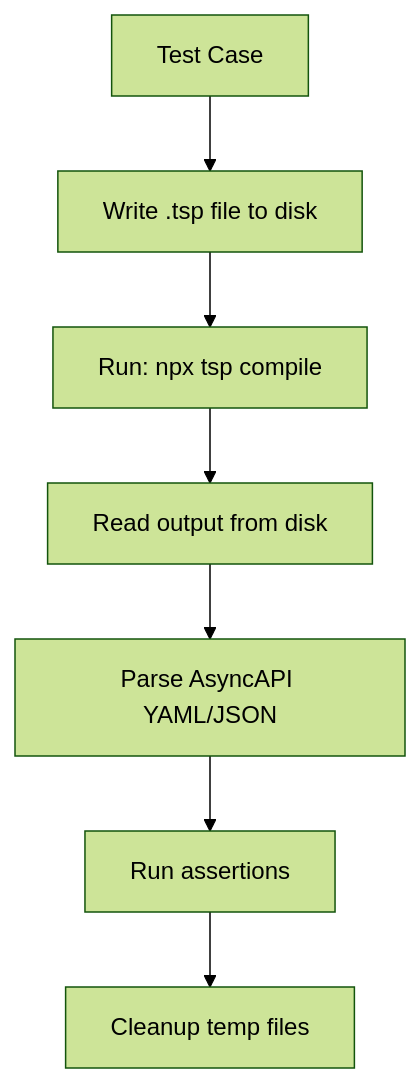
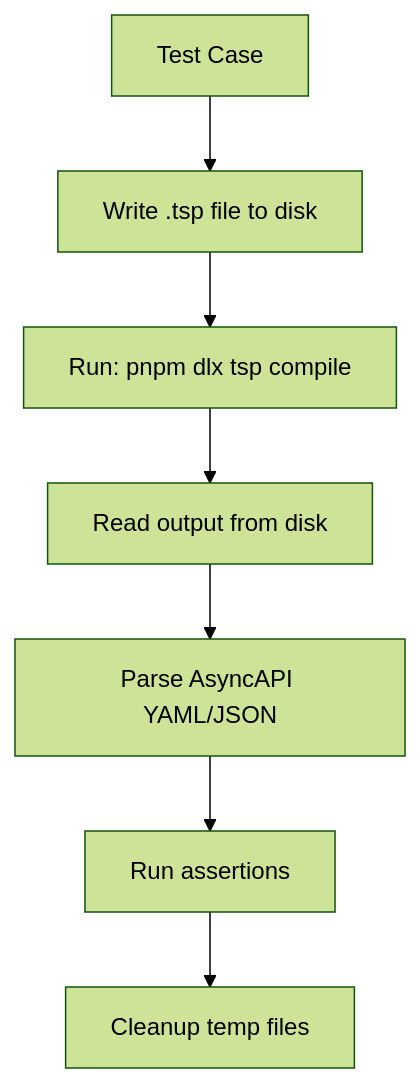
The diagram in docs/_archive/architecture/2025-10-23_13-31_CLI-TEST-ARCHITECTURE.md (LarsArtmann/typespec-asyncapi), drawn with Mermaid (forest theme) before and after one commit. The commit also changed 74 other files, not shown here.

````diff
--- a/docs/_archive/architecture/2025-10-23_13-31_CLI-TEST-ARCHITECTURE.md
+++ b/docs/_archive/architecture/2025-10-23_13-31_CLI-TEST-ARCHITECTURE.md
@@ -68,9 +68,9 @@
 ```mermaid
 graph TD
     A[Test Case] --> B[Write .tsp file to disk]
-    B --> C[Run: npx tsp compile]
+    B --> C[Run: pnpm dlx tsp compile]
     C --> D[Read output from disk]
     D --> E[Parse AsyncAPI YAML/JSON]
     E --> F[Run assertions]
     F --> G[Cleanup temp files]
 ```
````
